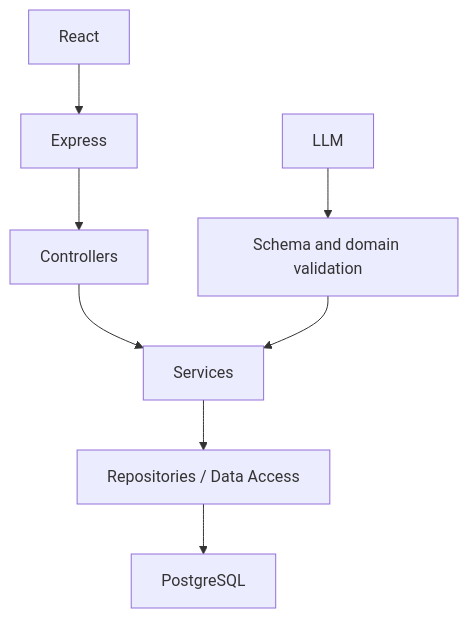
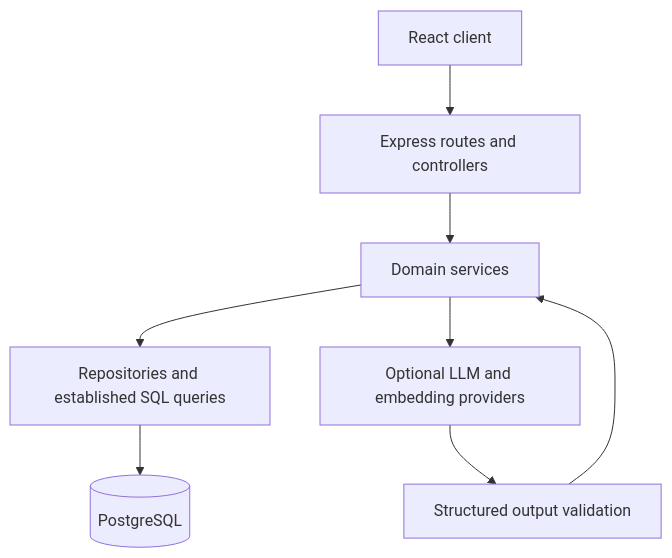
Before and after one commit to Sundramrai3691/RecallLoop: the diagram in README.md, drawn with Mermaid. The commit also changed other lines of this file and 26 other files, not shown here.

````diff
--- a/README.md
+++ b/README.md
@@ -44,10 +94,10 @@
 ```mermaid
 flowchart TD
-  React --> Express
-  Express --> Controllers
-  Controllers --> Services
-  Services --> Repositories[Repositories / Data Access]
-  Repositories --> PostgreSQL
-  LLM --> Validation[Schema and domain validation]
+  Browser[React client] --> API[Express routes and controllers]
+  API --> Services[Domain services]
+  Services --> Access[Repositories and established SQL queries]
+  Access --> DB[(PostgreSQL)]
+  Services --> Providers[Optional LLM and embedding providers]
+  Providers --> Validation[Structured output validation]
   Validation --> Services
 ```
````
